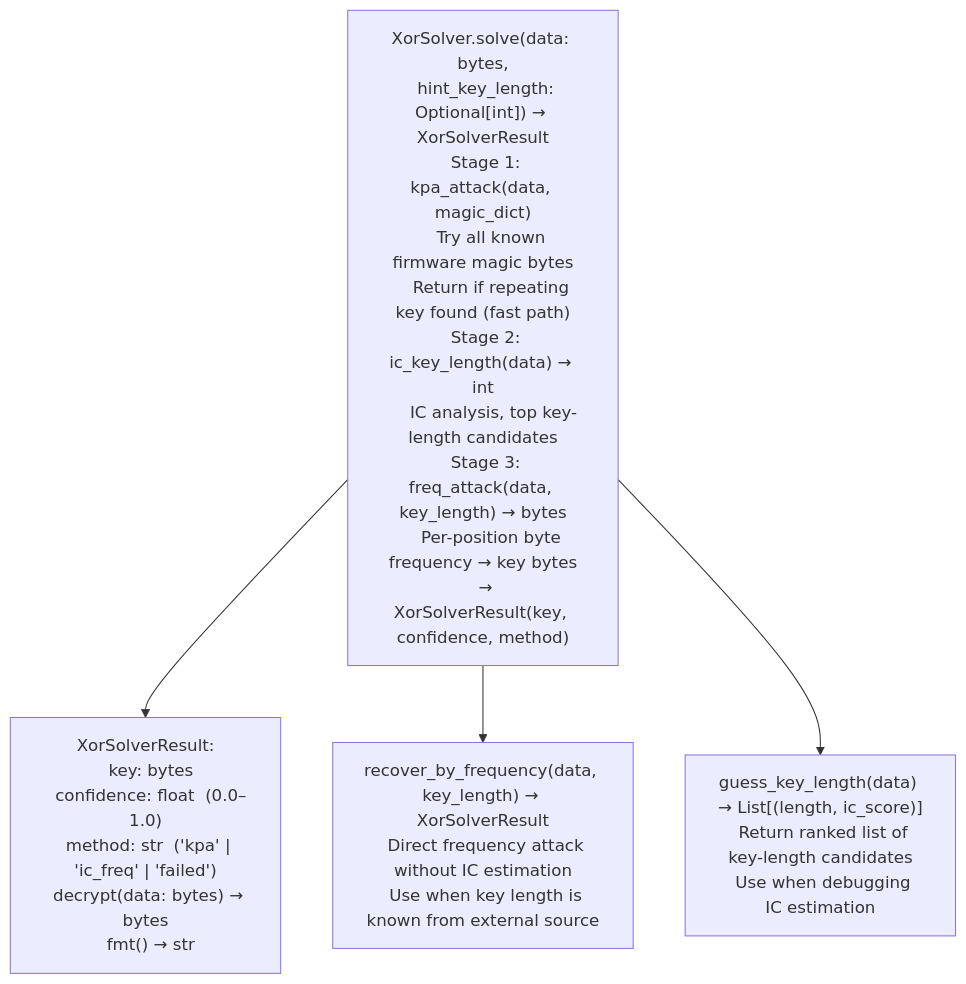
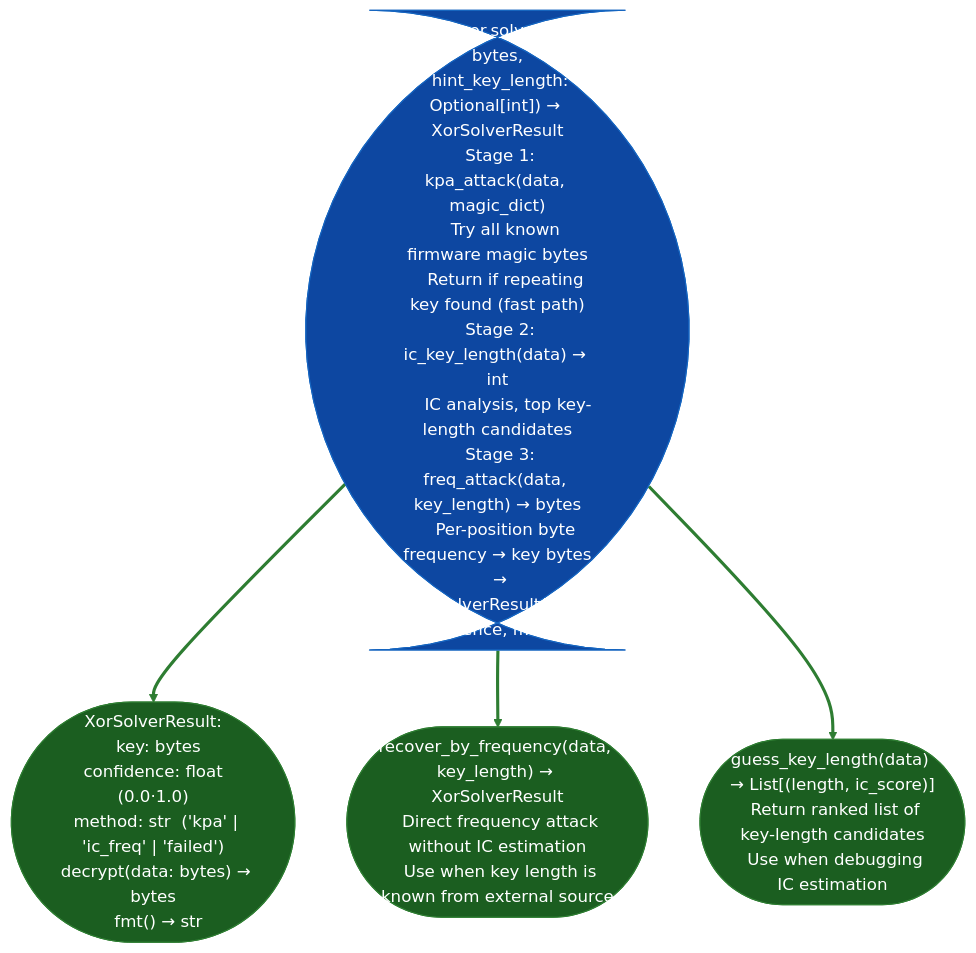
The diagram in docs/reference-modules/generic-dataflow-worklist.md (Ablation-Tool/ablation), drawn with Mermaid before and after one commit. The commit also changed 320 other files, not shown here.

First line of the commit message:
docs: apply canonical Mermaid template to all 321 diagrams

````diff
--- a/docs/reference-modules/generic-dataflow-worklist.md
+++ b/docs/reference-modules/generic-dataflow-worklist.md
@@ -19,7 +19,16 @@
 ```mermaid
 flowchart TD
-    A["XorSolver.solve(data: bytes,\n  hint_key_length: Optional[int]) → XorSolverResult\n  Stage 1: kpa_attack(data, magic_dict)\n    Try all known firmware magic bytes\n    Return if repeating key found (fast path)\n  Stage 2: ic_key_length(data) → int\n    IC analysis, top key-length candidates\n  Stage 3: freq_attack(data, key_length) → bytes\n    Per-position byte frequency → key bytes\n  → XorSolverResult(key, confidence, method)"]
-    A --> B["XorSolverResult:\n  key: bytes\n  confidence: float  (0.0–1.0)\n  method: str  ('kpa' | 'ic_freq' | 'failed')\n  decrypt(data: bytes) → bytes\n  fmt() → str"]
-    A --> C["recover_by_frequency(data, key_length) → XorSolverResult\n  Direct frequency attack without IC estimation\n  Use when key length is known from external source"]
-    A --> D["guess_key_length(data) → List[(length, ic_score)]\n  Return ranked list of key-length candidates\n  Use when debugging IC estimation"]
+    A(["XorSolver.solve(data: bytes,\n  hint_key_length: Optional[int]) → XorSolverResult\n  Stage 1: kpa_attack(data, magic_dict)\n    Try all known firmware magic bytes\n    Return if repeating key found (fast path)\n  Stage 2: ic_key_length(data) → int\n    IC analysis, top key-length candidates\n  Stage 3: freq_attack(data, key_length) → bytes\n    Per-position byte frequency → key bytes\n  → XorSolverResult(key, confidence, method)"]):::input
+    A:::input --> B(["XorSolverResult:\n  key: bytes\n  confidence: float  (0.0·1.0)\n  method: str  ('kpa' | 'ic_freq' | 'failed')\n  decrypt(data: bytes) → bytes\n  fmt() → str"]):::output
+    A:::input --> C(["recover_by_frequency(data, key_length) → XorSolverResult\n  Direct frequency attack without IC estimation\n  Use when key length is known from external source"]):::output
+    A:::input --> D(["guess_key_length(data) → List[(length, ic_score)]\n  Return ranked list of key-length candidates\n  Use when debugging IC estimation"]):::output
+    classDef input     fill:#0d47a1,stroke:#1565c0,color:#fff
+    classDef primary   fill:#e65100,stroke:#bf360c,color:#fff
+    classDef secondary fill:#004d40,stroke:#00695c,color:#fff
+    classDef tertiary  fill:#4a148c,stroke:#6a1b9a,color:#fff
+    classDef neutral   fill:#37474f,stroke:#546e7a,color:#fff
+    classDef output    fill:#1b5e20,stroke:#2e7d32,color:#fff
+    linkStyle 0 stroke:#2e7d32,stroke-width:3px
+    linkStyle 1 stroke:#2e7d32,stroke-width:3px
+    linkStyle 2 stroke:#2e7d32,stroke-width:3px
 ```
````
